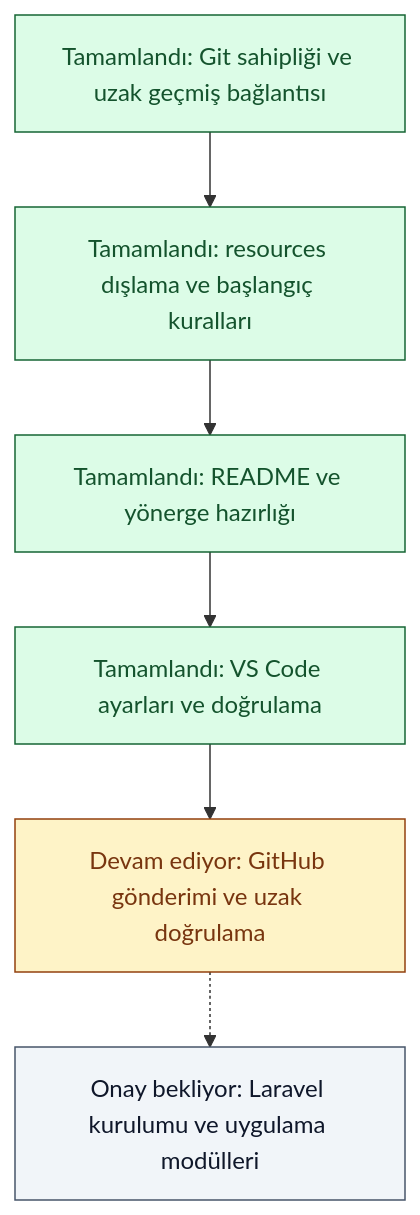
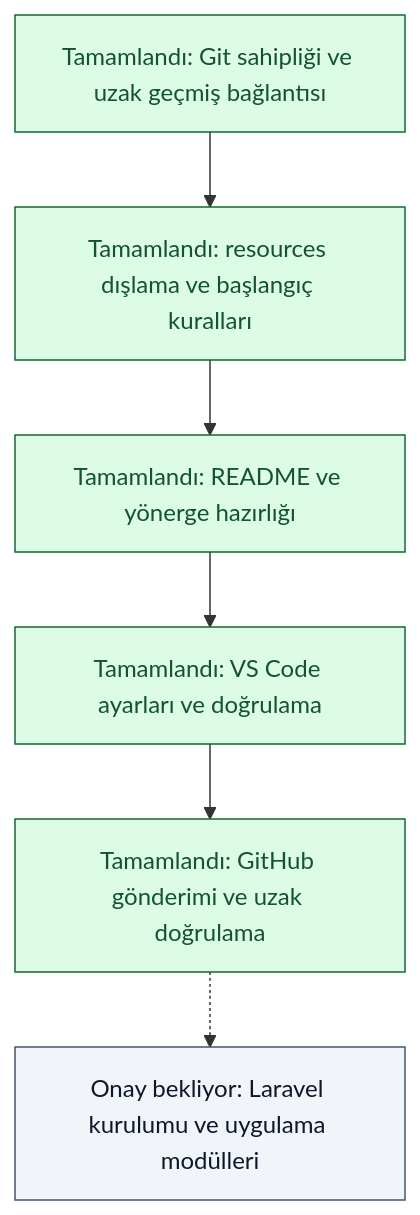
The diagram in docs/surec.md (ufuktanyeri/tech-user-guide), drawn with Mermaid before and after one commit. The commit also changed other lines of this file and 1 other file, not shown here.

Commit message:
docs: GitHub teslim ve doğrulama sonuçlarını kaydet

````diff
--- a/docs/surec.md
+++ b/docs/surec.md
@@ -19,17 +22,16 @@
 ```mermaid
 flowchart TD
     A["Tamamlandı: Git sahipliği ve uzak geçmiş bağlantısı"]
     B["Tamamlandı: resources dışlama ve başlangıç kuralları"]
     C["Tamamlandı: README ve yönerge hazırlığı"]
     D["Tamamlandı: VS Code ayarları ve doğrulama"]
-    E["Devam ediyor: GitHub gönderimi ve uzak doğrulama"]
+    E["Tamamlandı: GitHub gönderimi ve uzak doğrulama"]
     F["Onay bekliyor: Laravel kurulumu ve uygulama modülleri"]
     A --> B --> C --> D --> E
     E -.-> F
     classDef tamam fill:#dcfce7,stroke:#166534,color:#14532d
     classDef devam fill:#fef3c7,stroke:#92400e,color:#78350f
     classDef bekliyor fill:#f1f5f9,stroke:#475569,color:#0f172a
-    class A,B,C,D tamam
-    class E devam
+    class A,B,C,D,E tamam
     class F bekliyor
 ```
````
